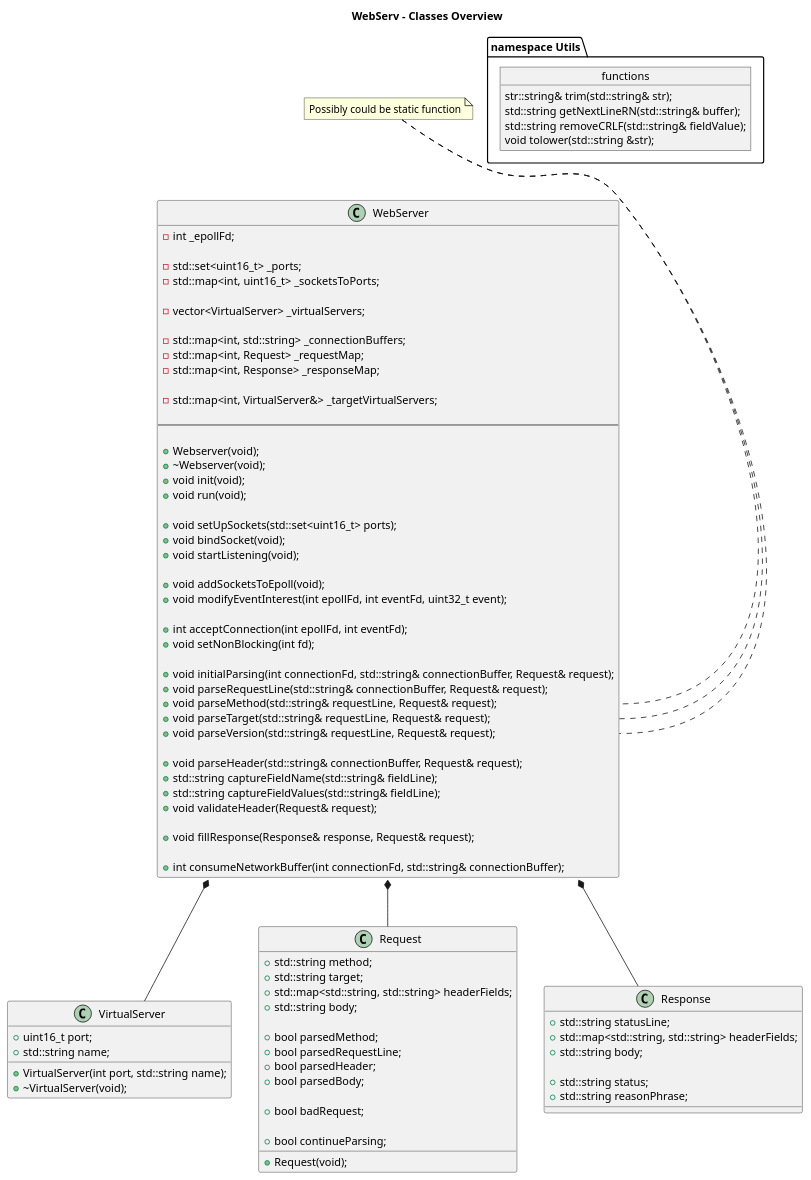
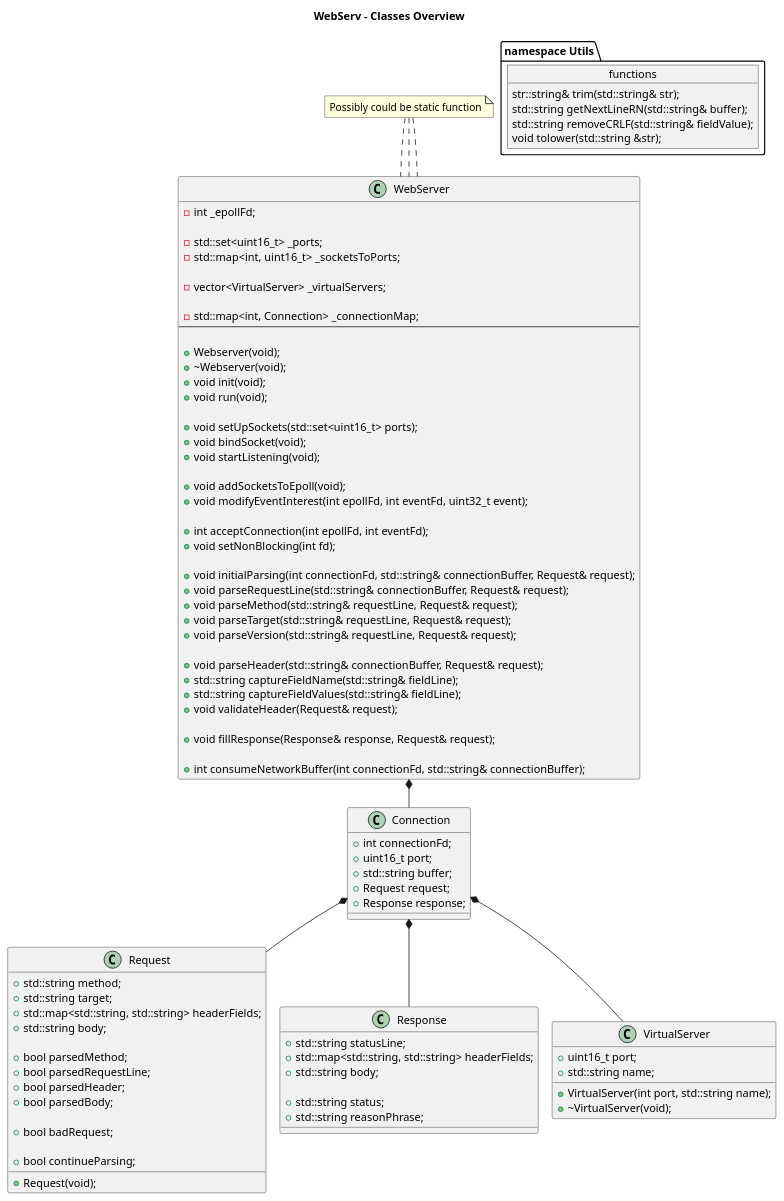
Before and after one commit to thaisnishimoto/42sp_Webserv: the diagram in docs/webservSchema.puml, drawn with PlantUML. The commit also changed 3 other files, not shown here.

Commit message:
docs: creation of Connection class and adaptation of program flow

```diff
--- a/docs/webservSchema.puml
+++ b/docs/webservSchema.puml
@@ -1,110 +1,116 @@
 @startuml
+!pragma layout smetana
 
 Title WebServ - Classes Overview
 
-WebServer *-- VirtualServer
-WebServer *-- Request
-WebServer *-- Response
+WebServer *-- Connection
+Connection *-- Request
+Connection *-- Response
+Connection *-- VirtualServer
 
 class WebServer
 {
 	-int _epollFd;
 
 	-std::set<uint16_t> _ports;
 	-std::map<int, uint16_t> _socketsToPorts;
 
 	-vector<VirtualServer> _virtualServers;
 
-	-std::map<int, std::string> _connectionBuffers;
-	-std::map<int, Request> _requestMap;
-	-std::map<int, Response> _responseMap;
-
-	-std::map<int, VirtualServer&> _targetVirtualServers;
-
+	-std::map<int, Connection> _connectionMap;
 	--
 
 	+Webserver(void);
 	+\~Webserver(void);
 	+void init(void);
 	+void run(void);
 
 	+void setUpSockets(std::set<uint16_t> ports);
 	+void bindSocket(void);
 	+void startListening(void);
 
 	+void addSocketsToEpoll(void);
 	+void modifyEventInterest(int epollFd, int eventFd, uint32_t event);
 
 	+int acceptConnection(int epollFd, int eventFd);
 	+void setNonBlocking(int fd);
 
 	+void initialParsing(int connectionFd, std::string& connectionBuffer, Request& request);
 	+void parseRequestLine(std::string& connectionBuffer, Request& request);
 	+void parseMethod(std::string& requestLine, Request& request);
 	+void parseTarget(std::string& requestLine, Request& request);
 	+void parseVersion(std::string& requestLine, Request& request);
 
 	+void parseHeader(std::string& connectionBuffer, Request& request);
 	+std::string captureFieldName(std::string& fieldLine);
 	+std::string captureFieldValues(std::string& fieldLine);
 	+void validateHeader(Request& request);
 
 	+void fillResponse(Response& response, Request& request);
 
 	+int consumeNetworkBuffer(int connectionFd, std::string& connectionBuffer);
 }
 
 note "Possibly could be static function" as N1
 N1  .. WebServer::parseMethod
 N1  .. WebServer::parseTarget
 N1  .. WebServer::parseVersion
 
 class VirtualServer
 {
 	+uint16_t port;
 	+std::string name;
 
 	+VirtualServer(int port, std::string name);
 	+\~VirtualServer(void);
 }
 
 class	Request
 {
 	+std::string method;
 	+std::string target;
 	+std::map<std::string, std::string> headerFields;
 	+std::string body;
 
 	+bool parsedMethod;
 	+bool parsedRequestLine;
 	+bool parsedHeader;
 	+bool parsedBody;
 
 	+bool badRequest;
 
 	+bool continueParsing;
 
 	+Request(void);
 }
 
 class	Response
 {
 	+std::string statusLine;
 	+std::map<std::string, std::string> headerFields;
 	+std::string body;
 
 	+std::string status;
 	+std::string reasonPhrase;
 }
 
+class Connection
+{
+	+int connectionFd;
+	+uint16_t port;
+	+std::string buffer;
+	+Request request;
+	+Response response;
+}
+
 package "namespace Utils"
 {
 	object functions{
 		str::string& trim(std::string& str);
 		std::string getNextLineRN(std::string& buffer);
 		std::string removeCRLF(std::string& fieldValue);
 		void tolower(std::string &str);
 	}
 }
 
 @enduml
```
